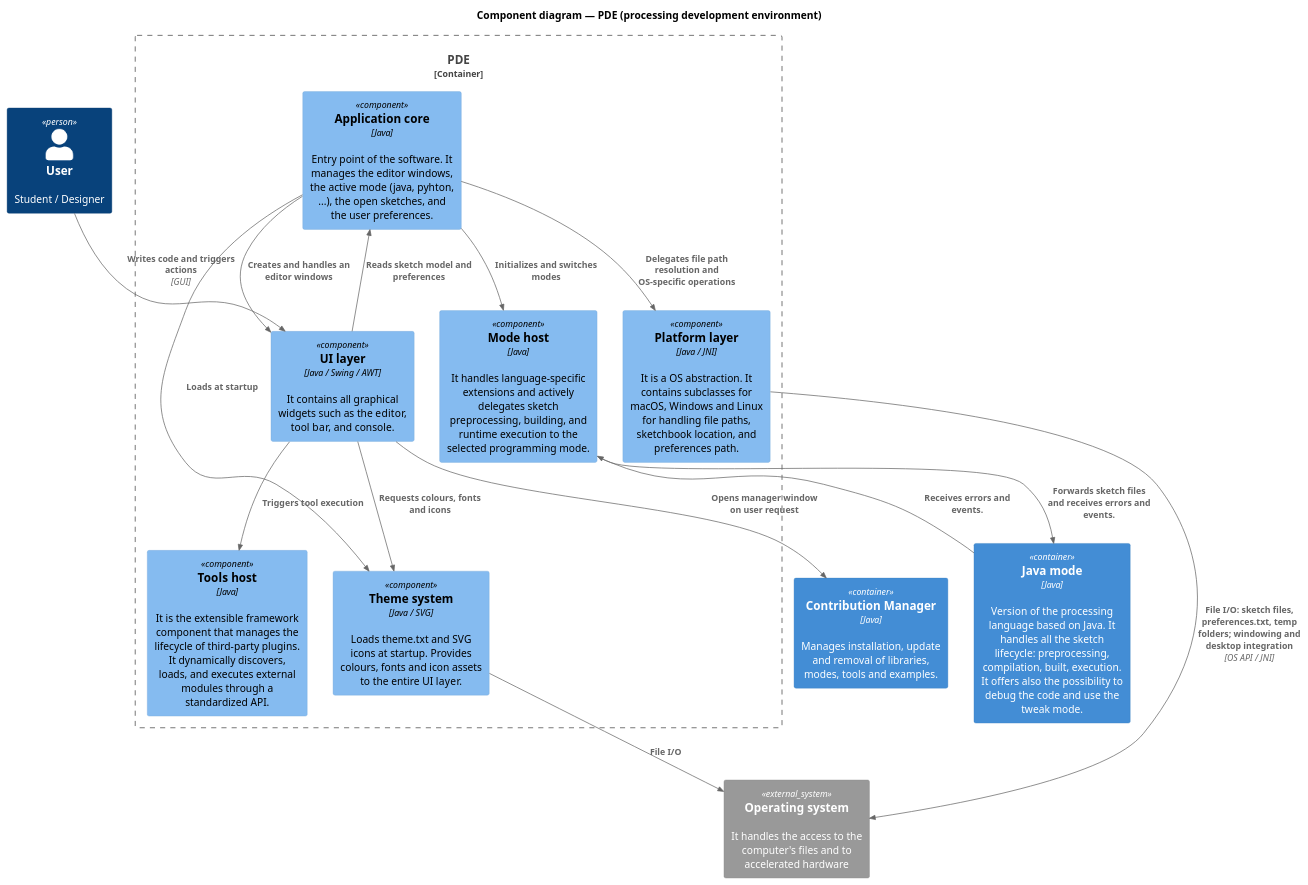
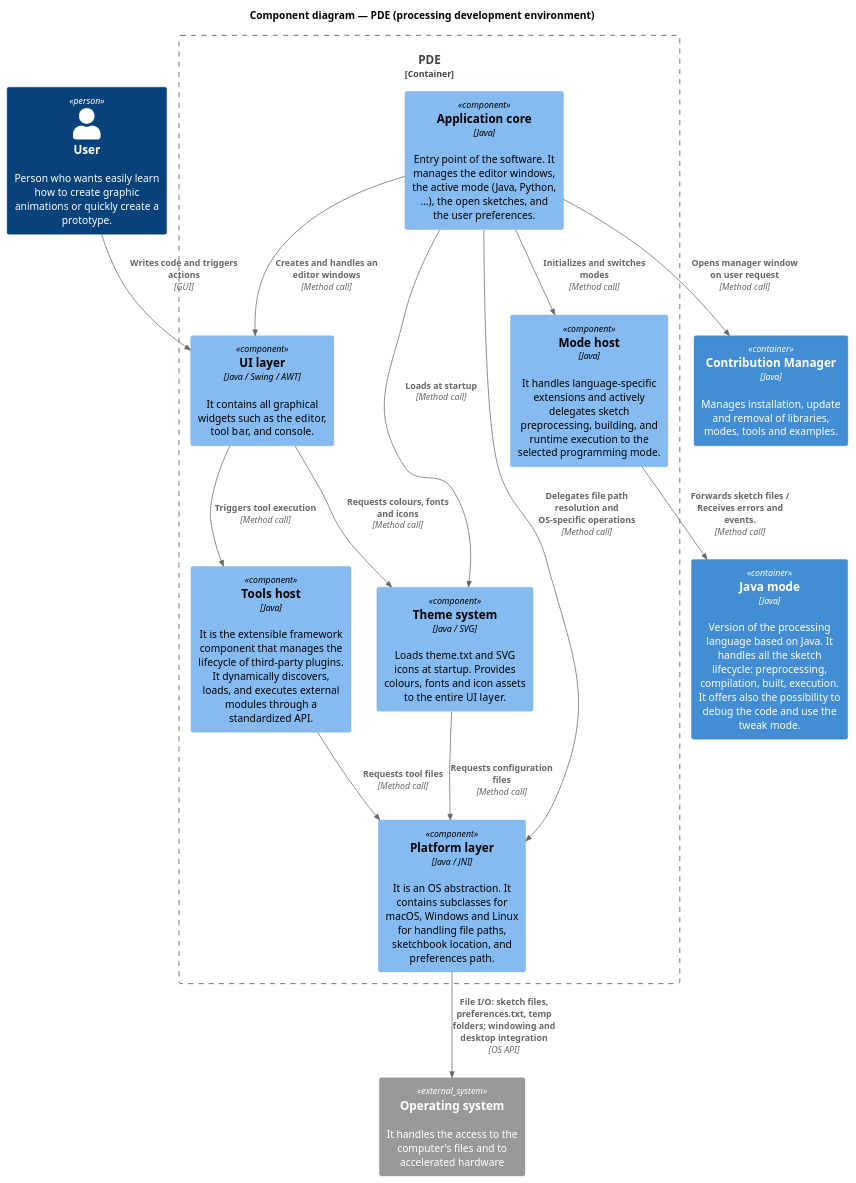
The diagram in diagrams/component_diagram_pde.puml (SDA2026-Group09/Project), drawn with PlantUML before and after one commit. The commit also changed 4 other files, not shown here.

Commit message:
Remove inconsistency between diagrams

```diff
--- a/diagrams/component_diagram_pde.puml
+++ b/diagrams/component_diagram_pde.puml
@@ -1,46 +1,50 @@
 @startuml C4_component_pde
 !include <C4/C4_Component>
 
 title Component diagram — PDE (processing development environment)
 
-Person(user, "User", "Student / Designer")
+/' Persons '/
+Person(user, "User", "Person who wants easily learn how to create graphic animations or quickly create a prototype.")
 
+/' Components '/
 Container_Boundary(pde, "PDE") {
-    Component(app_core, "Application core", "Java", "Entry point of the software. It manages the editor windows, the active mode (java, pyhton, ...), the open sketches, and the user preferences.")
+    Component(app_core, "Application core", "Java", "Entry point of the software. It manages the editor windows, the active mode (Java, Python, ...), the open sketches, and the user preferences.")
     Component(ui_layer, "UI layer", "Java / Swing / AWT", "It contains all graphical widgets such as the editor, tool bar, and console.")
     Component(theme_system, "Theme system", "Java / SVG", "Loads theme.txt and SVG icons at startup. Provides colours, fonts and icon assets to the entire UI layer.")
     Component(mode_host, "Mode host", "Java", "It handles language-specific extensions and actively delegates sketch preprocessing, building, and runtime execution to the selected programming mode.")
     Component(tools_host, "Tools host", "Java", "It is the extensible framework component that manages the lifecycle of third-party plugins. It dynamically discovers, loads, and executes external modules through a standardized API.")
-    Component(platform_layer, "Platform layer", "Java / JNI", "It is a OS abstraction. It contains subclasses for macOS, Windows and Linux for handling file paths, sketchbook location, and preferences path.")
+    Component(platform_layer, "Platform layer", "Java / JNI", "It is an OS abstraction. It contains subclasses for macOS, Windows and Linux for handling file paths, sketchbook location, and preferences path.")
 }
 
+/' External systems and containers '/
 Container(java_mode, "Java mode", "Java", "Version of the processing language based on Java. It handles all the sketch lifecycle: preprocessing, compilation, built, execution. It offers also the possibility to debug the code and use the tweak mode.")
 Container(contribution_manager, "Contribution Manager", "Java", "Manages installation, update and removal of libraries, modes, tools and examples.")
 System_Ext(os, "Operating system", "It handles the access to the computer's files and to accelerated hardware")
 
 /' User relationships '/
 Rel(user, ui_layer, "Writes code and triggers actions", "GUI")
 
 /' Application core relationships '/ 
-Rel(app_core, theme_system, "Loads at startup")
-Rel(app_core, platform_layer, "Delegates file path resolution and OS-specific operations")
-Rel(app_core, mode_host, "Initializes and switches modes")
-Rel(app_core, ui_layer, "Creates and handles an editor windows")
+Rel(app_core, theme_system, "Loads at startup", "Method call")
+Rel(app_core, platform_layer, "Delegates file path resolution and OS-specific operations", "Method call")
+Rel(app_core, mode_host, "Initializes and switches modes", "Method call")
+Rel(app_core, ui_layer, "Creates and handles an editor windows", "Method call")
+Rel(app_core, contribution_manager, "Opens manager window on user request", "Method call")
+
+/' Tool host relationships '/
+Rel(tools_host, platform_layer, "Requests tool files", "Method call")
 
 /' UI relationships '/ 
-Rel(ui_layer, app_core, "Reads sketch model and preferences")
-Rel(ui_layer, theme_system, "Requests colours, fonts and icons")
-Rel(ui_layer, tools_host, "Triggers tool execution")
-Rel(ui_layer, contribution_manager, "Opens manager window on user request")
+Rel(ui_layer, theme_system, "Requests colours, fonts and icons", "Method call")
+Rel(ui_layer, tools_host, "Triggers tool execution", "Method call")
 
 /' Mode host relationships '/
-Rel(mode_host, java_mode, "Forwards sketch files and receives errors and events.")
-Rel(java_mode, mode_host, "Receives errors and events.")
+Rel(mode_host, java_mode, "Forwards sketch files / Receives errors and events.", "Method call")
 
 /' Platform relationships '/
-Rel(platform_layer, os, "File I/O: sketch files, preferences.txt, temp folders; windowing and desktop integration", "OS API / JNI")
+Rel(platform_layer, os, "File I/O: sketch files, preferences.txt, temp folders; windowing and desktop integration", "OS API")
 
 /' Theme relationships '/ 
-Rel(theme_system, os, "File I/O")
+Rel(theme_system, platform_layer, "Requests configuration files", "Method call")
 
 @enduml
```
